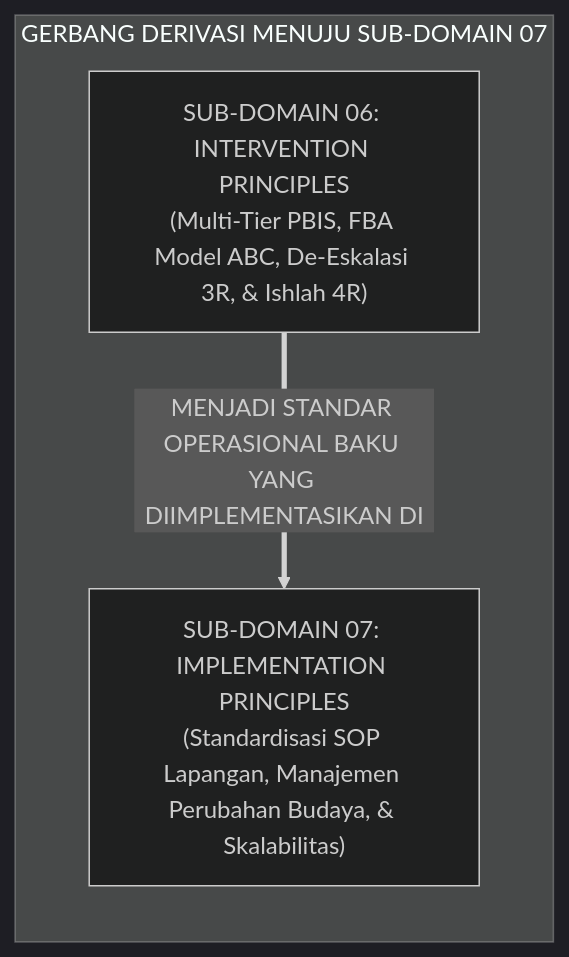
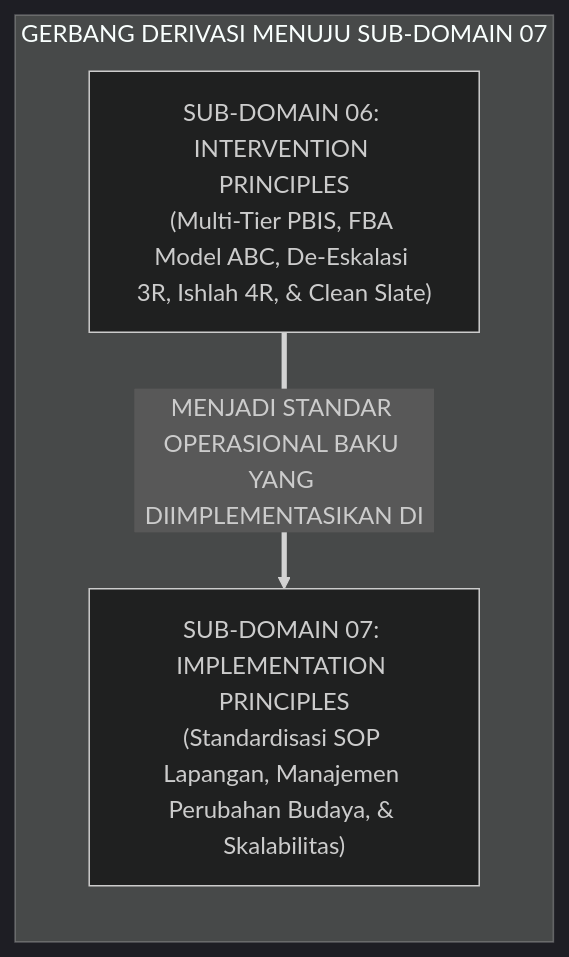
One commit to wandiapriliyandi/tumbuh changed the third of 3 diagrams in 02 Principles/06 Intervention Principles/P2-06-Prinsip-Intervensi-Perilaku-TUMBUH.md. Above: the diagram before and after it, drawn with Mermaid (dark theme). The commit also changed other lines of this file and 32 other files, not shown here.

Commit message:
feat(principles): expand organically Domain 02 Principles with non-uniform deep monographs (62 files total, max 10/sub-domain)

````diff
--- a/02 Principles/06 Intervention Principles/P2-06-Prinsip-Intervensi-Perilaku-TUMBUH.md
+++ b/02 Principles/06 Intervention Principles/P2-06-Prinsip-Intervensi-Perilaku-TUMBUH.md
@@ -118,10 +126,10 @@
 ```mermaid
 graph LR
     subgraph GerbangDerivasiImplementationPrinciples["GERBANG DERIVASI MENUJU SUB-DOMAIN 07"]
-        D2_06["SUB-DOMAIN 06: INTERVENTION PRINCIPLES<br/>(Multi-Tier PBIS, FBA Model ABC, De-Eskalasi 3R, & Ishlah 4R)"]
+        D2_06["SUB-DOMAIN 06: INTERVENTION PRINCIPLES<br/>(Multi-Tier PBIS, FBA Model ABC, De-Eskalasi 3R, Ishlah 4R, & Clean Slate)"]
         
         D2_07["SUB-DOMAIN 07: IMPLEMENTATION PRINCIPLES<br/>(Standardisasi SOP Lapangan, Manajemen Perubahan Budaya, & Skalabilitas)"]
         
         D2_06 ==>|MENJADI STANDAR OPERASIONAL BAKU YANG DIIMPLEMENTASIKAN DI| D2_07
     end
 ```
````
